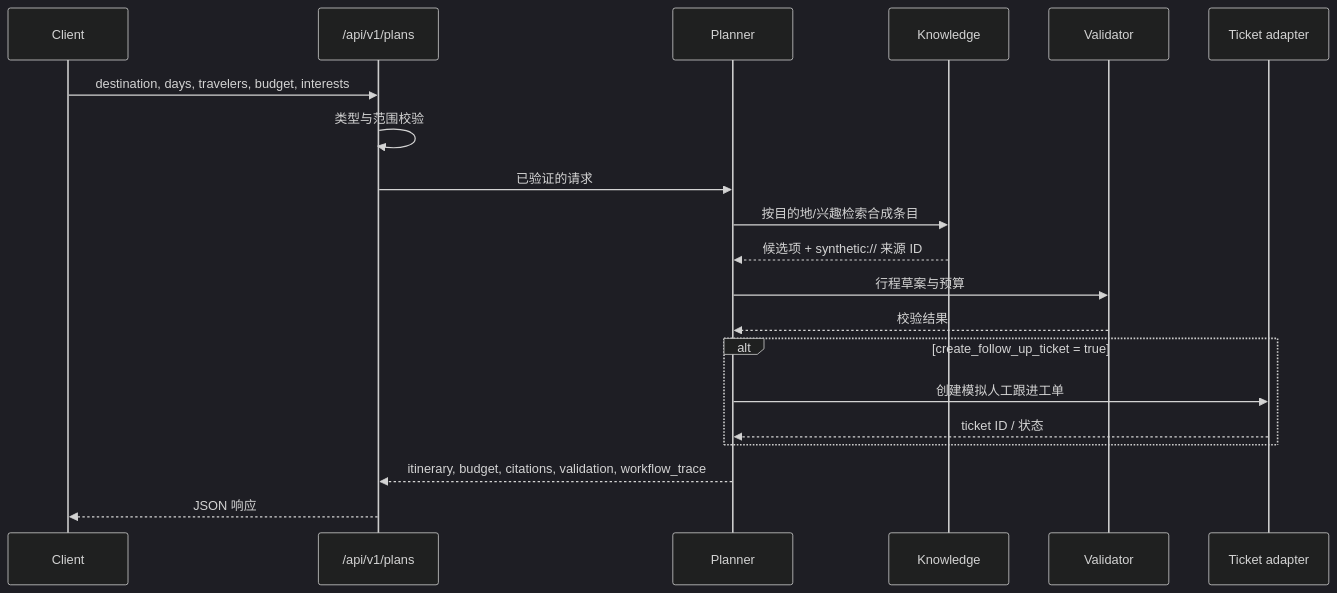
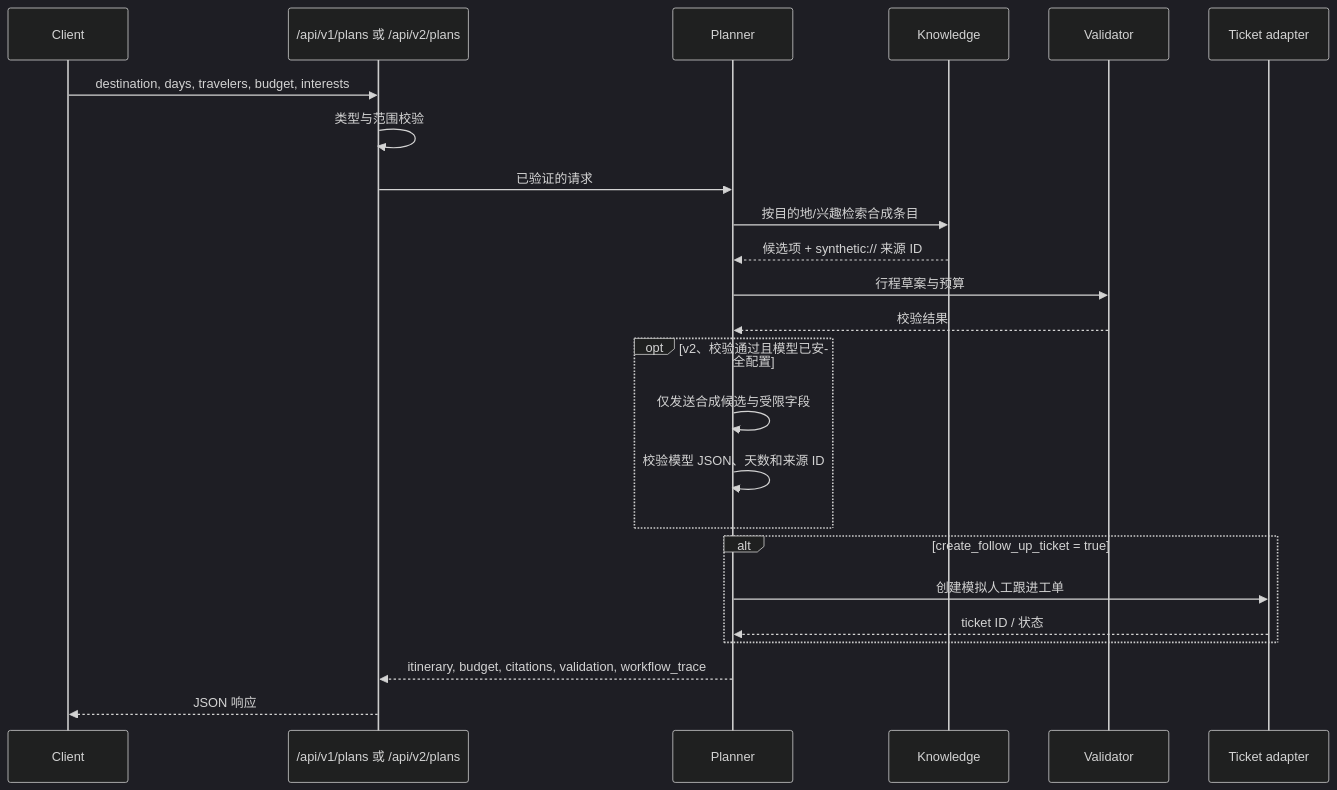
One commit to dongze993-dot/travelops-copilot changed the second of 2 diagrams in docs/architecture.md. Above: the diagram before and after it, drawn with Mermaid (dark theme). The commit also changed other lines of this file and 5 other files, not shown here.

````diff
--- a/docs/architecture.md
+++ b/docs/architecture.md
@@ -47,23 +54,27 @@
 ```mermaid
 sequenceDiagram
     participant C as Client
-    participant API as /api/v1/plans
+    participant API as /api/v1/plans 或 /api/v2/plans
     participant P as Planner
     participant K as Knowledge
     participant V as Validator
     participant T as Ticket adapter
 
     C->>API: destination, days, travelers, budget, interests
     API->>API: 类型与范围校验
     API->>P: 已验证的请求
     P->>K: 按目的地/兴趣检索合成条目
     K-->>P: 候选项 + synthetic:// 来源 ID
     P->>V: 行程草案与预算
     V-->>P: 校验结果
+    opt v2、校验通过且模型已安全配置
+        P->>P: 仅发送合成候选与受限字段
+        P->>P: 校验模型 JSON、天数和来源 ID
+    end
     alt create_follow_up_ticket = true
         P->>T: 创建模拟人工跟进工单
         T-->>P: ticket ID / 状态
     end
     P-->>API: itinerary, budget, citations, validation, workflow_trace
     API-->>C: JSON 响应
 ```
````
